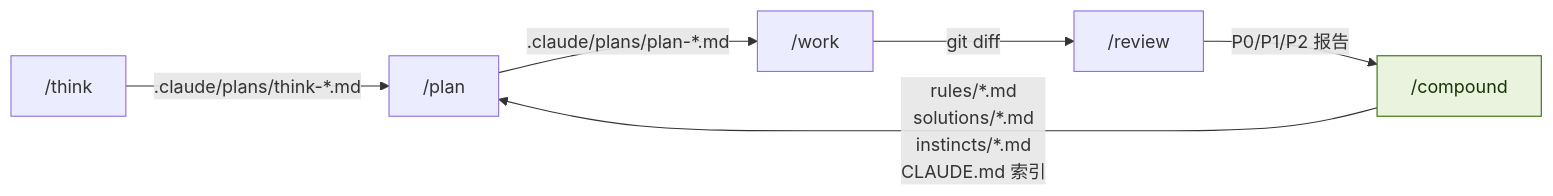
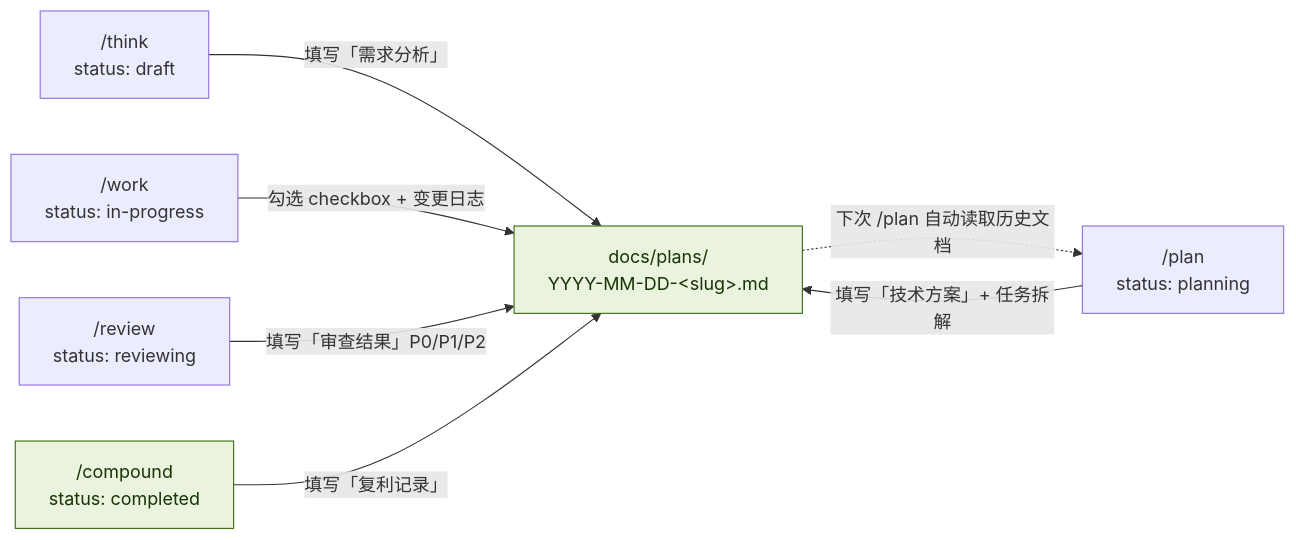
One commit to songuu/tech-persistence changed the third of 8 diagrams in README.md. Above: the diagram before and after it, drawn with Mermaid. The commit also changed other lines of this file and 2 other files, not shown here.

````diff
--- a/README.md
+++ b/README.md
@@ -114,10 +116,13 @@
 ```mermaid
 flowchart LR
-    T["/think"] -->|".claude/plans/think-*.md"| P["/plan"]
-    P -->|".claude/plans/plan-*.md"| W["/work"]
-    W -->|"git diff"| R["/review"]
-    R -->|"P0/P1/P2 报告"| C["/compound"]
-    C -->|"rules/*.md\nsolutions/*.md\ninstincts/*.md\nCLAUDE.md 索引"| P
+    T["/think\nstatus: draft"] -->|填写「需求分析」| DOC["docs/plans/\nYYYY-MM-DD-&lt;slug&gt;.md"]
+    P["/plan\nstatus: planning"] -->|填写「技术方案」+ 任务拆解| DOC
+    W["/work\nstatus: in-progress"] -->|勾选 checkbox + 变更日志| DOC
+    R["/review\nstatus: reviewing"] -->|填写「审查结果」P0/P1/P2| DOC
+    C["/compound\nstatus: completed"] -->|填写「复利记录」| DOC
 
+    DOC -.->|"下次 /plan 自动读取历史文档"| P
+
+    style DOC fill:#EAF3DE,stroke:#3B6D11,color:#173404
     style C fill:#EAF3DE,stroke:#3B6D11,color:#173404
 ```
````
